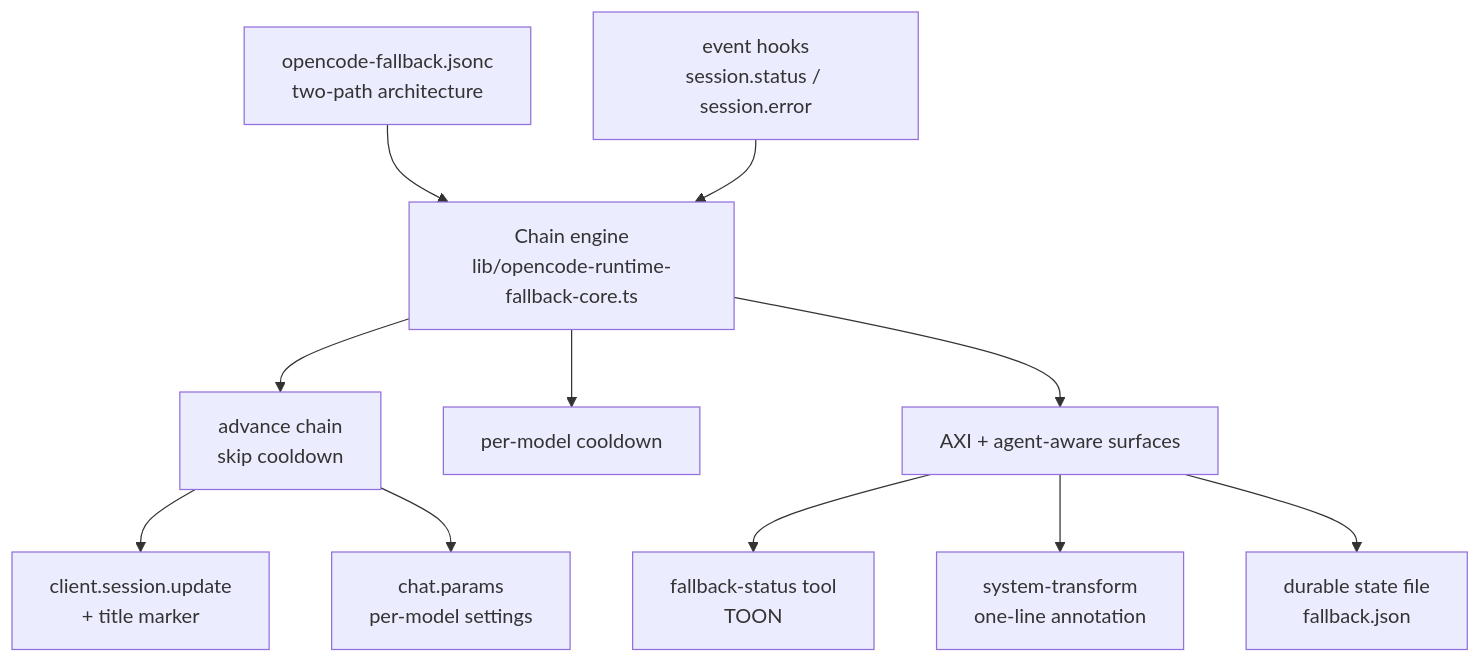
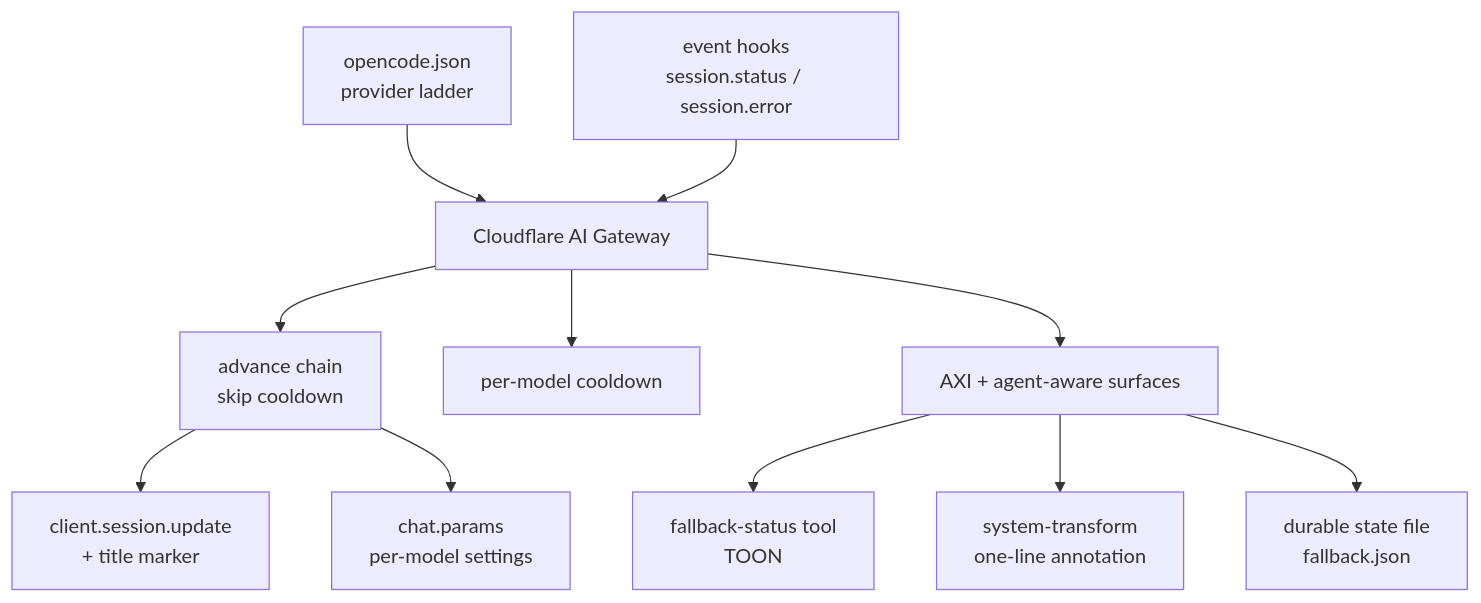
The second of 6 diagrams in dot_agents/skills/opencode-config/references/DESIGN.md (phillias/dotfiles), drawn with Mermaid before and after one commit. The commit also changed other lines of this file and 17 other files, not shown here.

Commit message:
Remove dead opencode runtime fallback files

````diff
--- a/dot_agents/skills/opencode-config/references/DESIGN.md
+++ b/dot_agents/skills/opencode-config/references/DESIGN.md
@@ -118,13 +118,13 @@
 ```mermaid
 flowchart TB
-    CFG[opencode-fallback.jsonc<br/>two-path architecture] --> CORE[Chain engine<br/>lib/opencode-runtime-fallback-core.ts]
+    CFG[opencode.json<br/>provider ladder] --> CORE[Cloudflare AI Gateway]
     EV[event hooks<br/>session.status / session.error] --> CORE
     CORE --> STEP[advance chain<br/>skip cooldown]
     STEP --> UPD[client.session.update<br/>+ title marker]
     STEP --> CHP[chat.params<br/>per-model settings]
     CORE --> CD[per-model cooldown]
     CORE --> AXS[AXI + agent-aware surfaces]
     AXS --> TOOL[fallback-status tool<br/>TOON]
     AXS --> PROMPT[system-transform<br/>one-line annotation]
     AXS --> STATE[durable state file<br/>fallback.json]
 ```
````
